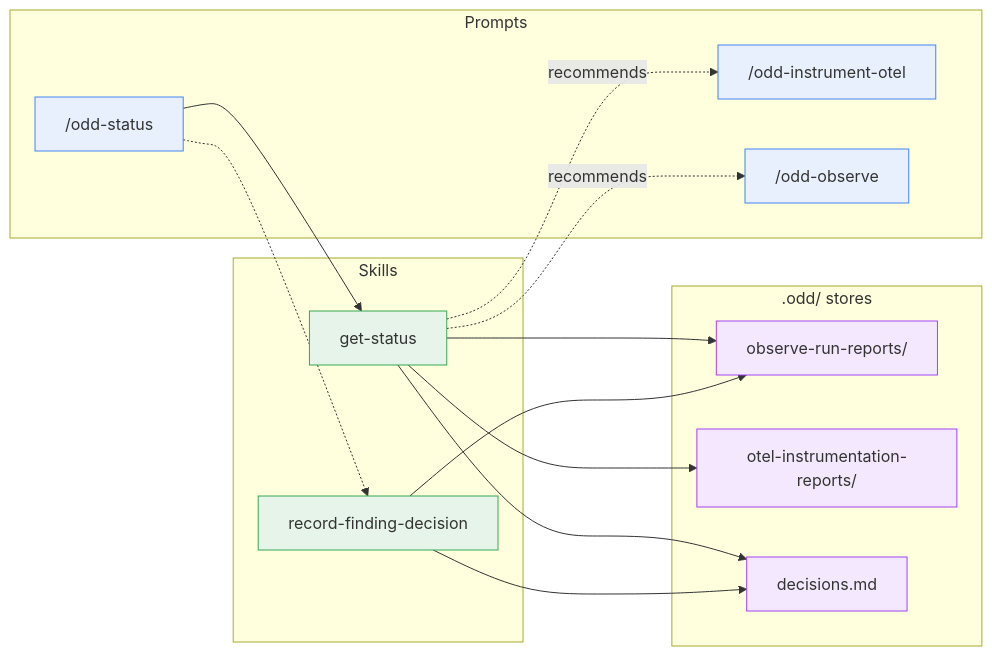
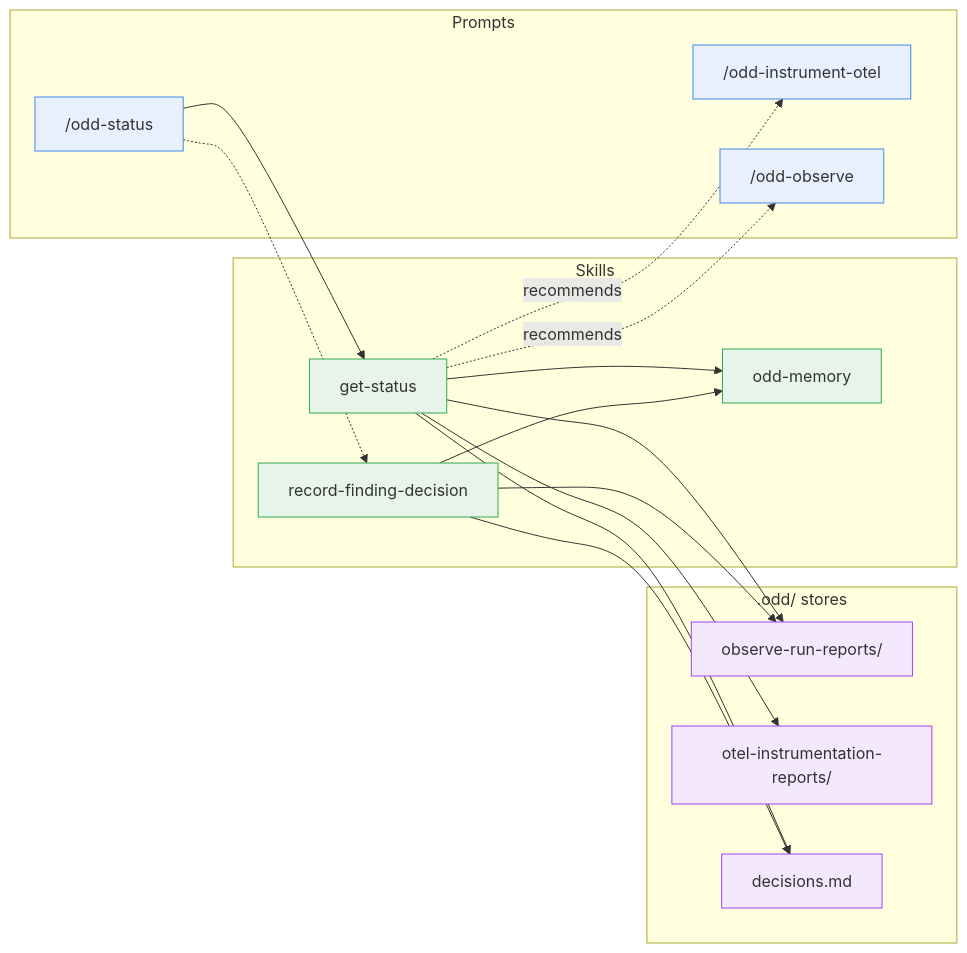
The fifth of 7 diagrams in docs/guide/dependencies.md (using-system/oddyssey), drawn with Mermaid before and after one commit. The commit also changed other lines of this file and 12 other files, not shown here.

Commit message:
feat(skill): odd-memory - one contract for the .odd/ memory, each create and show skill keeps only its specifics (#315)

````diff
--- a/docs/guide/dependencies.md
+++ b/docs/guide/dependencies.md
@@ -320,38 +336,42 @@
 ```mermaid
 flowchart LR
   subgraph Prompts
     status["/odd-status"]
     instrument["/odd-instrument-otel"]
     observe["/odd-observe"]
   end
 
   subgraph Skills
     gs[get-status]
     rfd[record-finding-decision]
+    mem[odd-memory]
   end
 
   subgraph Stores[".odd/ stores"]
     obsdir[observe-run-reports/]
     insdir[otel-instrumentation-reports/]
     dec[decisions.md]
   end
 
   status --> gs
   status -.-> rfd
 
   gs --> obsdir
   gs --> insdir
   gs --> dec
   gs -. recommends .-> instrument
   gs -. recommends .-> observe
 
   rfd --> obsdir
   rfd --> dec
 
+  gs --> mem
+  rfd --> mem
+
   classDef prompt fill:#e8f0fe,stroke:#4285f4
   classDef skill fill:#e6f4ea,stroke:#34a853
   classDef store fill:#f3e8fd,stroke:#a142f4
   class status,instrument,observe prompt
-  class gs,rfd skill
+  class gs,rfd,mem skill
   class obsdir,insdir,dec store
 ```
````
